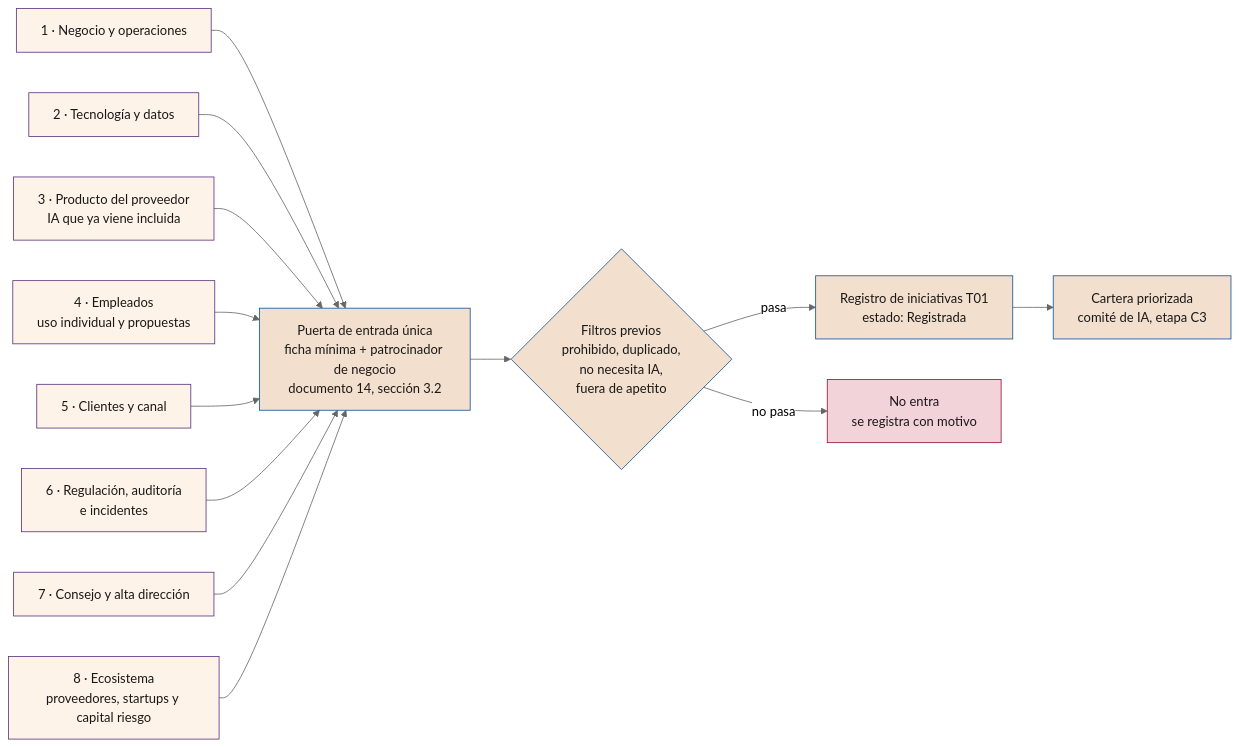
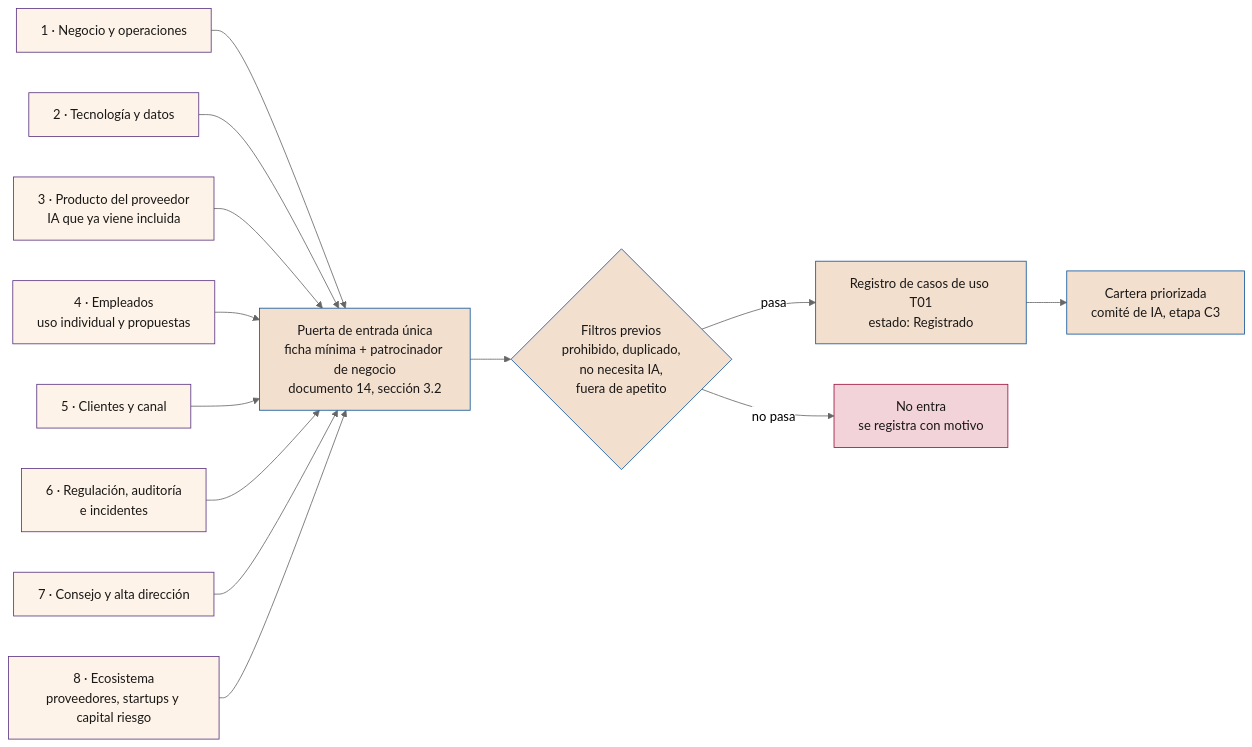
The second of 7 diagrams in SEVEN-G/mds/es/54_SEVEN-G_Organizacion_de_la_compania_para_la_IA.md (seachad/AI_CONSULTING), drawn with Mermaid (neutral theme) before and after one commit. The commit also changed other lines of this file and 1379 other files, not shown here.

````diff
--- a/SEVEN-G/mds/es/54_SEVEN-G_Organizacion_de_la_compania_para_la_IA.md
+++ b/SEVEN-G/mds/es/54_SEVEN-G_Organizacion_de_la_compania_para_la_IA.md
@@ -209,34 +209,34 @@
 ```mermaid
 flowchart LR
   S1["1 · Negocio y operaciones"]
   S2["2 · Tecnología y datos"]
   S3["3 · Producto del proveedor<br>IA que ya viene incluida"]
   S4["4 · Empleados<br>uso individual y propuestas"]
   S5["5 · Clientes y canal"]
   S6["6 · Regulación, auditoría<br>e incidentes"]
   S7["7 · Consejo y alta dirección"]
   S8["8 · Ecosistema<br>proveedores, startups y capital riesgo"]
   P["Puerta de entrada única<br>ficha mínima + patrocinador de negocio<br>documento 14, sección 3.2"]
   FIL{"Filtros previos<br>prohibido, duplicado,<br>no necesita IA,<br>fuera de apetito"}
-  REG["Registro de iniciativas T01<br>estado: Registrada"]
+  REG["Registro de casos de uso T01<br>estado: Registrado"]
   CAR["Cartera priorizada<br>comité de IA, etapa C3"]
   NO["No entra<br>se registra con motivo"]
   S1 --> P
   S2 --> P
   S3 --> P
   S4 --> P
   S5 --> P
   S6 --> P
   S7 --> P
   S8 --> P
   P --> FIL
   FIL -->|"pasa"| REG
   FIL -->|"no pasa"| NO
   REG --> CAR
   classDef fuente fill:#fdf3e8,stroke:#593380,color:#1a1817
   classDef puerta fill:#f2dfce,stroke:#0f5499,color:#1a1817
   classDef fin fill:#f3d3da,stroke:#990f3d,color:#1a1817
   class S1,S2,S3,S4,S5,S6,S7,S8 fuente
   class P,FIL,REG,CAR puerta
   class NO fin
 ```
````
